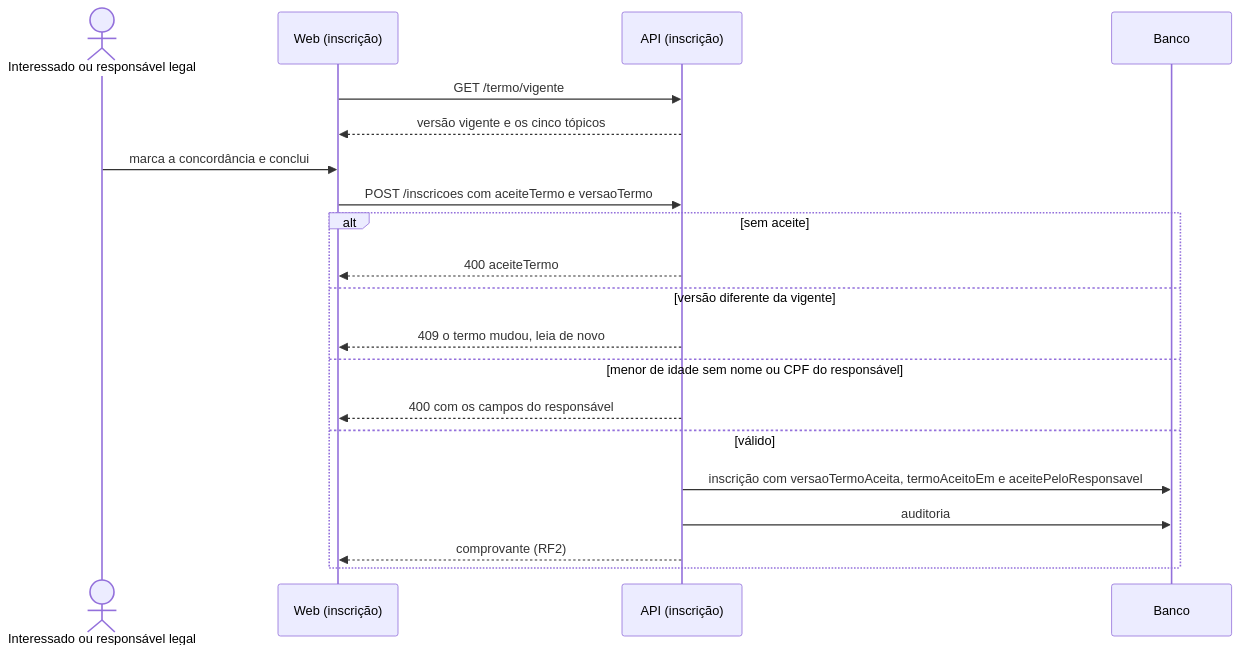
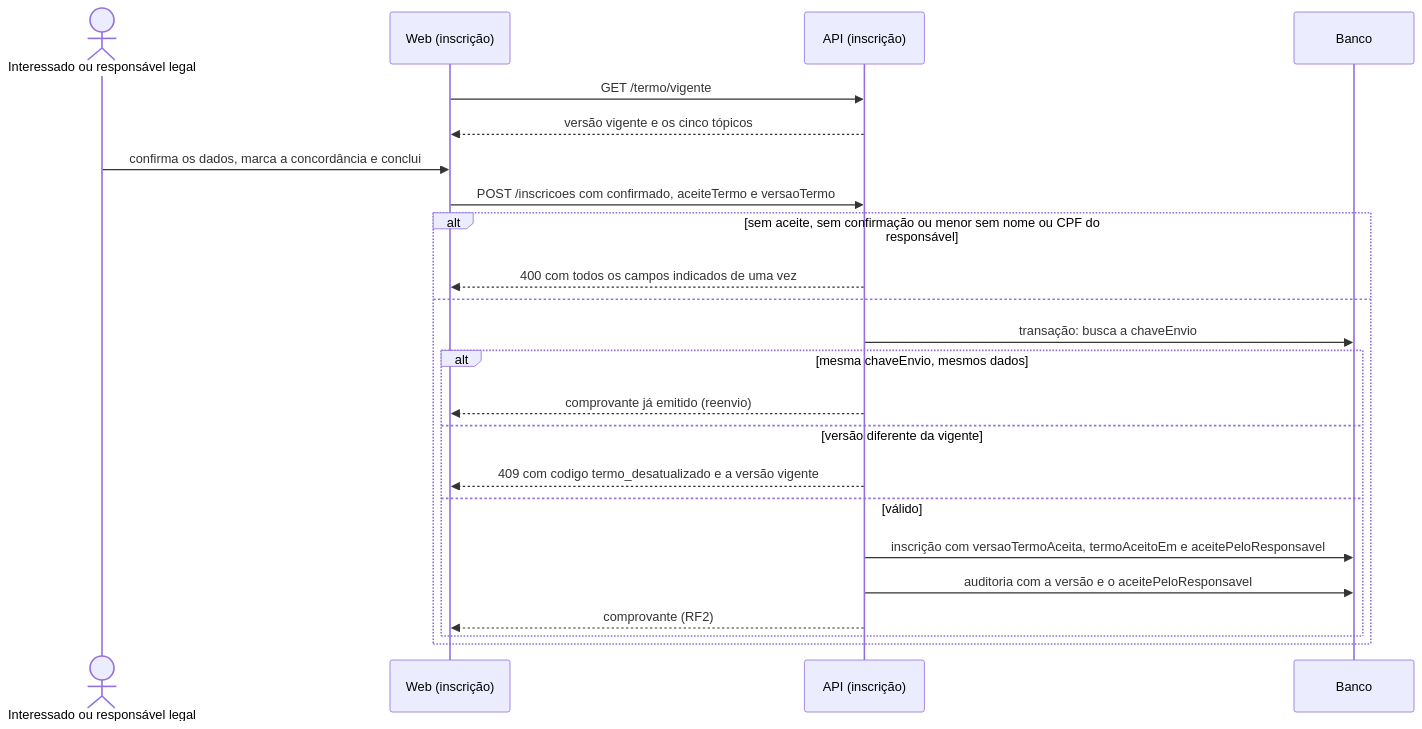
One commit to mdsreq-fga-unb/REQ-2026.2-T02-ClinicaEscolaFBr changed the fourth of 24 diagrams in documentacao/docs/unidade-3/projeto-features-ciclo-4.md. Above: the diagram before and after it, drawn with Mermaid. The commit also changed other lines of this file and 5 other files, not shown here.

````diff
--- a/documentacao/docs/unidade-3/projeto-features-ciclo-4.md
+++ b/documentacao/docs/unidade-3/projeto-features-ciclo-4.md
@@ -171,22 +176,25 @@
 ```mermaid
 sequenceDiagram
     actor P as Interessado ou responsável legal
     participant W as Web (inscrição)
     participant A as API (inscrição)
     participant DB as Banco
     W->>A: GET /termo/vigente
     A-->>W: versão vigente e os cinco tópicos
-    P->>W: marca a concordância e conclui
-    W->>A: POST /inscricoes com aceiteTermo e versaoTermo
-    alt sem aceite
-        A-->>W: 400 aceiteTermo
-    else versão diferente da vigente
-        A-->>W: 409 o termo mudou, leia de novo
-    else menor de idade sem nome ou CPF do responsável
-        A-->>W: 400 com os campos do responsável
-    else válido
-        A->>DB: inscrição com versaoTermoAceita, termoAceitoEm e aceitePeloResponsavel
-        A->>DB: auditoria
-        A-->>W: comprovante (RF2)
+    P->>W: confirma os dados, marca a concordância e conclui
+    W->>A: POST /inscricoes com confirmado, aceiteTermo e versaoTermo
+    alt sem aceite, sem confirmação ou menor sem nome ou CPF do responsável
+        A-->>W: 400 com todos os campos indicados de uma vez
+    else
+        A->>DB: transação: busca a chaveEnvio
+        alt mesma chaveEnvio, mesmos dados
+            A-->>W: comprovante já emitido (reenvio)
+        else versão diferente da vigente
+            A-->>W: 409 com codigo termo_desatualizado e a versão vigente
+        else válido
+            A->>DB: inscrição com versaoTermoAceita, termoAceitoEm e aceitePeloResponsavel
+            A->>DB: auditoria com a versão e o aceitePeloResponsavel
+            A-->>W: comprovante (RF2)
+        end
     end
 ```
````
